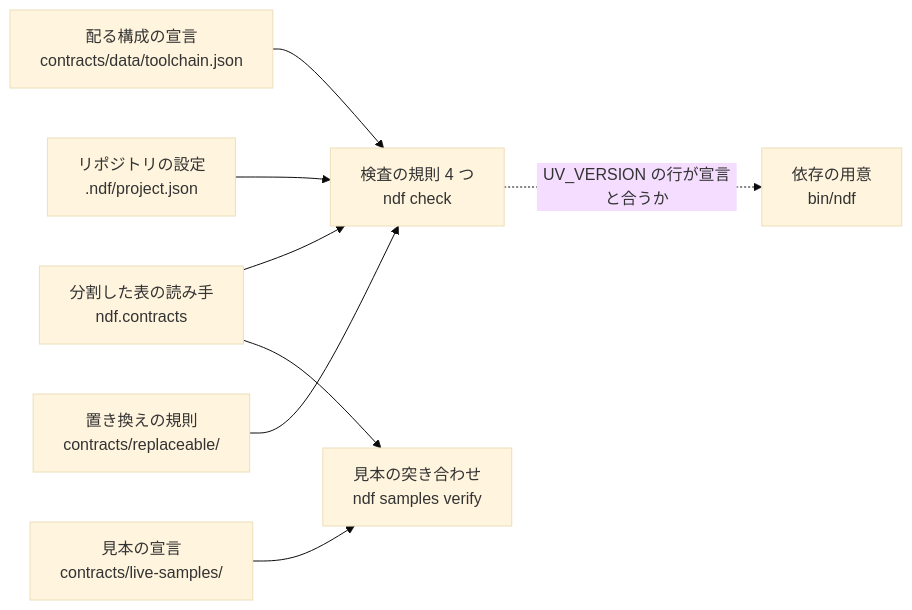
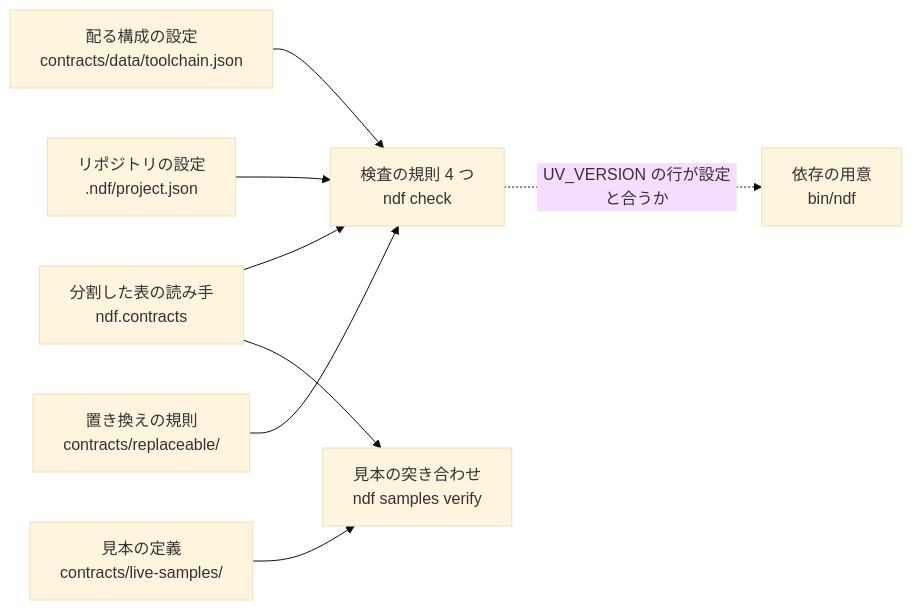
Before and after one commit to devbasex/ai-plugins: the third of 5 diagrams in issues/issue-3687-design.md, drawn with Mermaid (base theme). The commit also changed other lines of this file and 5 other files, not shown here.

````diff
--- a/issues/issue-3687-design.md
+++ b/issues/issue-3687-design.md
@@ -107,18 +107,18 @@
 ```mermaid
 flowchart LR
-  DECL["配る構成の宣言<br/>contracts/data/toolchain.json"]
+  DECL["配る構成の設定<br/>contracts/data/toolchain.json"]
   CFG["リポジトリの設定<br/>.ndf/project.json"]
-  SMP["見本の宣言<br/>contracts/live-samples/"]
+  SMP["見本の定義<br/>contracts/live-samples/"]
   REP["置き換えの規則<br/>contracts/replaceable/"]
   READ["分割した表の読み手<br/>ndf.contracts"]
   RULES["検査の規則 4 つ<br/>ndf check"]
   VERIFY["見本の突き合わせ<br/>ndf samples verify"]
   BOOT["依存の用意<br/>bin/ndf"]
   READ --> RULES
   READ --> VERIFY
   DECL --> RULES
   CFG --> RULES
   REP --> RULES
   SMP --> VERIFY
-  RULES -.->|UV_VERSION の行が宣言と合うか| BOOT
+  RULES -.->|UV_VERSION の行が設定と合うか| BOOT
 ```
````
